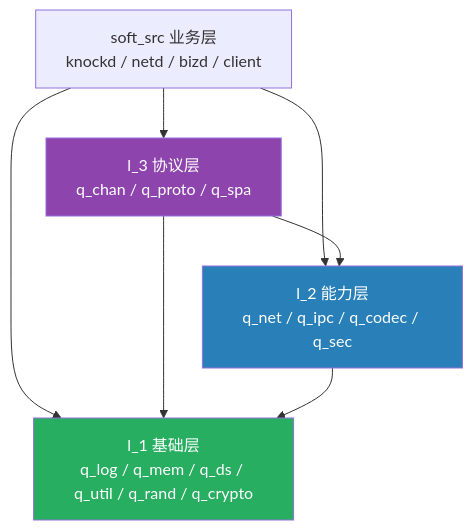
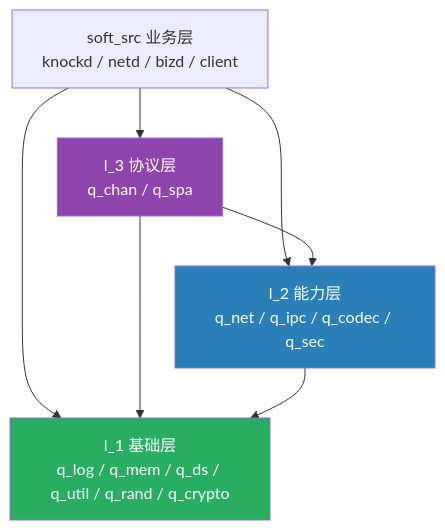
One commit to unix2005/cs_dev changed the diagram in AI_SKILL_RULE.md. Above: the diagram before and after it, drawn with Mermaid. The commit also changed other lines of this file and 45 other files, not shown here.

````diff
--- a/AI_SKILL_RULE.md
+++ b/AI_SKILL_RULE.md
@@ -153,18 +152,18 @@
 ```mermaid
 graph TD
     APP["soft_src 业务层<br/>knockd / netd / bizd / client"]
-    L3["l_3 协议层<br/>q_chan / q_proto / q_spa"]
+    L3["l_3 协议层<br/>q_chan / q_spa"]
     L2["l_2 能力层<br/>q_net / q_ipc / q_codec / q_sec"]
     L1["l_1 基础层<br/>q_log / q_mem / q_ds / q_util / q_rand / q_crypto"]
 
     APP --> L3
     APP --> L2
     APP --> L1
     L3  --> L2
     L3  --> L1
     L2  --> L1
 
     style L1 fill:#27ae60,color:#fff
     style L2 fill:#2980b9,color:#fff
     style L3 fill:#8e44ad,color:#fff
 ```
````
